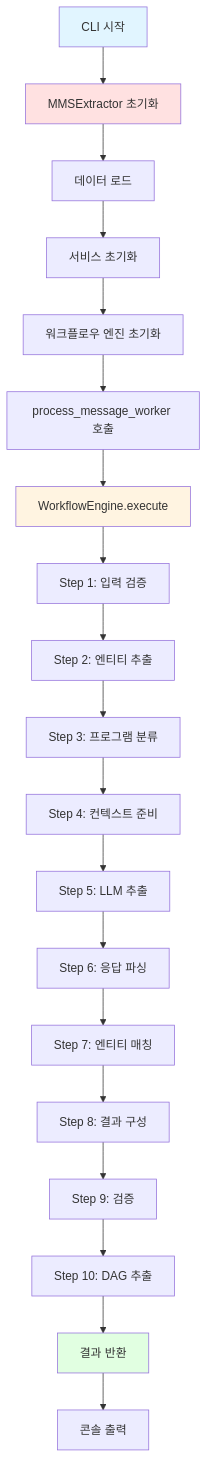
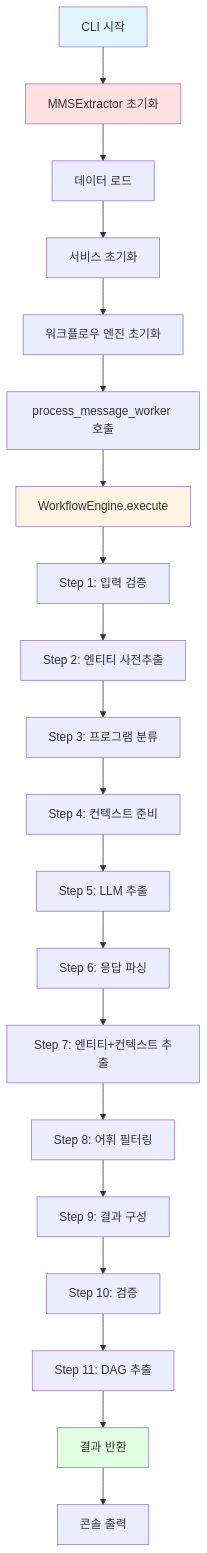
The first of 2 diagrams in mms_extractor_exp/docs/EXECUTION_FLOW.md (yonggoghi/AgenticWorkflow), drawn with Mermaid before and after one commit. The commit also changed other lines of this file and 3 other files, not shown here.

First line of the commit message:
Fix documentation diagrams for 11-step workflow

````diff
--- a/mms_extractor_exp/docs/EXECUTION_FLOW.md
+++ b/mms_extractor_exp/docs/EXECUTION_FLOW.md
@@ -378,28 +396,29 @@
 ```mermaid
 graph TB
     A[CLI 시작] --> B[MMSExtractor 초기화]
     B --> C[데이터 로드]
     C --> D[서비스 초기화]
     D --> E[워크플로우 엔진 초기화]
     E --> F[process_message_worker 호출]
     F --> G[WorkflowEngine.execute]
     
     G --> H1[Step 1: 입력 검증]
-    H1 --> H2[Step 2: 엔티티 추출]
+    H1 --> H2[Step 2: 엔티티 사전추출]
     H2 --> H3[Step 3: 프로그램 분류]
     H3 --> H4[Step 4: 컨텍스트 준비]
     H4 --> H5[Step 5: LLM 추출]
     H5 --> H6[Step 6: 응답 파싱]
-    H6 --> H7[Step 7: 엔티티 매칭]
-    H7 --> H8[Step 8: 결과 구성]
-    H8 --> H9[Step 9: 검증]
-    H9 --> H10[Step 10: DAG 추출]
+    H6 --> H7[Step 7: 엔티티+컨텍스트 추출]
+    H7 --> H8[Step 8: 어휘 필터링]
+    H8 --> H9[Step 9: 결과 구성]
+    H9 --> H10[Step 10: 검증]
+    H10 --> H11[Step 11: DAG 추출]
 
-    H10 --> I[결과 반환]
+    H11 --> I[결과 반환]
     I --> J[콘솔 출력]
     
     style A fill:#e1f5ff
     style B fill:#ffe1e1
     style G fill:#fff4e1
     style I fill:#e1ffe1
 ```
````
